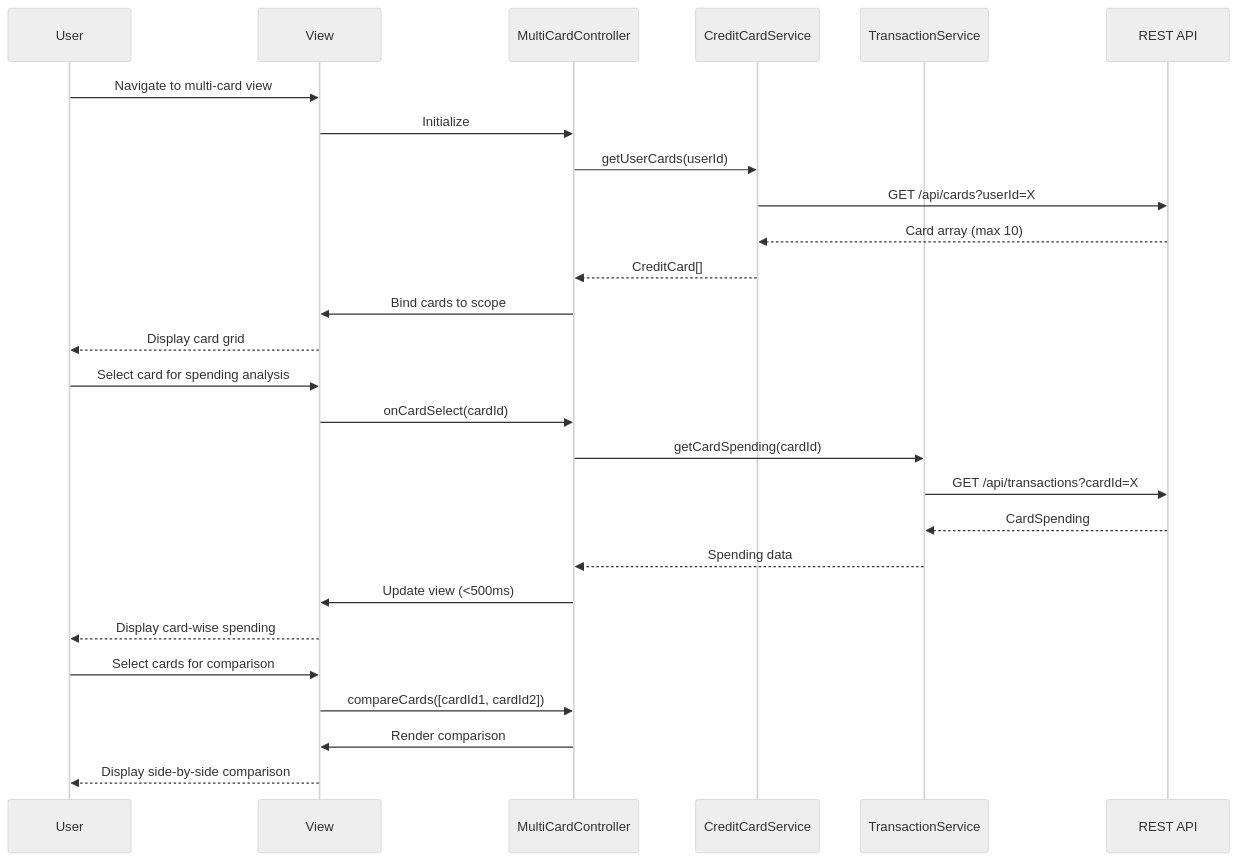
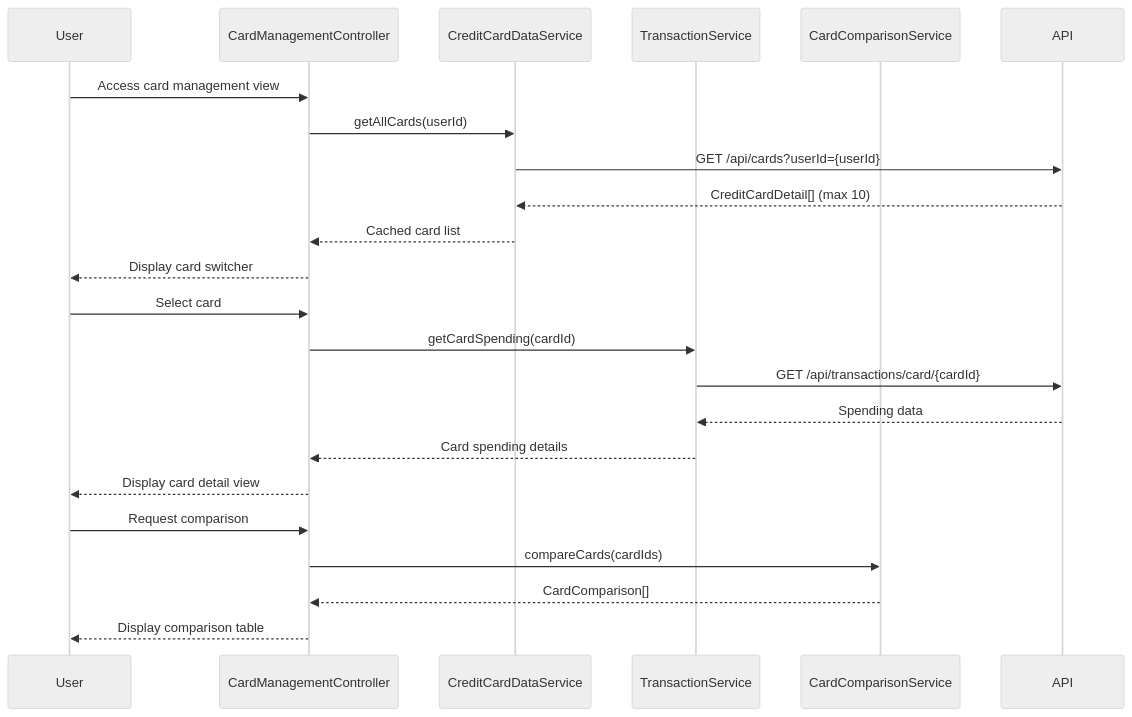
One commit to AAVA-Demo/APB_Demo changed the diagram in LLD/QE-7685_LLD.md. Above: the diagram before and after it, drawn with Mermaid (neutral theme). The commit also changed other lines of this file and 5 other files, not shown here.

````diff
--- a/LLD/QE-7685_LLD.md
+++ b/LLD/QE-7685_LLD.md
@@ -86,30 +77,26 @@
 ```mermaid
 sequenceDiagram
     participant User
-    participant View
-    participant MultiCtrl as MultiCardController
-    participant CardSvc as CreditCardService
-    participant TxnSvc as TransactionService
-    participant API as REST API
-    
-    User->>View: Navigate to multi-card view
-    View->>MultiCtrl: Initialize
-    MultiCtrl->>CardSvc: getUserCards(userId)
-    CardSvc->>API: GET /api/cards?userId=X
-    API-->>CardSvc: Card array (max 10)
-    CardSvc-->>MultiCtrl: CreditCard[]
-    MultiCtrl->>View: Bind cards to scope
-    View-->>User: Display card grid
-    User->>View: Select card for spending analysis
-    View->>MultiCtrl: onCardSelect(cardId)
-    MultiCtrl->>TxnSvc: getCardSpending(cardId)
-    TxnSvc->>API: GET /api/transactions?cardId=X
-    API-->>TxnSvc: CardSpending
-    TxnSvc-->>MultiCtrl: Spending data
-    MultiCtrl->>View: Update view (<500ms)
-    View-->>User: Display card-wise spending
-    User->>View: Select cards for comparison
-    View->>MultiCtrl: compareCards([cardId1, cardId2])
-    MultiCtrl->>View: Render comparison
-    View-->>User: Display side-by-side comparison
+    participant CardManagementController
+    participant CreditCardDataService
+    participant TransactionService
+    participant CardComparisonService
+    participant API
+
+    User->>CardManagementController: Access card management view
+    CardManagementController->>CreditCardDataService: getAllCards(userId)
+    CreditCardDataService->>API: GET /api/cards?userId={userId}
+    API-->>CreditCardDataService: CreditCardDetail[] (max 10)
+    CreditCardDataService-->>CardManagementController: Cached card list
+    CardManagementController-->>User: Display card switcher
+    User->>CardManagementController: Select card
+    CardManagementController->>TransactionService: getCardSpending(cardId)
+    TransactionService->>API: GET /api/transactions/card/{cardId}
+    API-->>TransactionService: Spending data
+    TransactionService-->>CardManagementController: Card spending details
+    CardManagementController-->>User: Display card detail view
+    User->>CardManagementController: Request comparison
+    CardManagementController->>CardComparisonService: compareCards(cardIds)
+    CardComparisonService-->>CardManagementController: CardComparison[]
+    CardManagementController-->>User: Display comparison table
 ```
````
